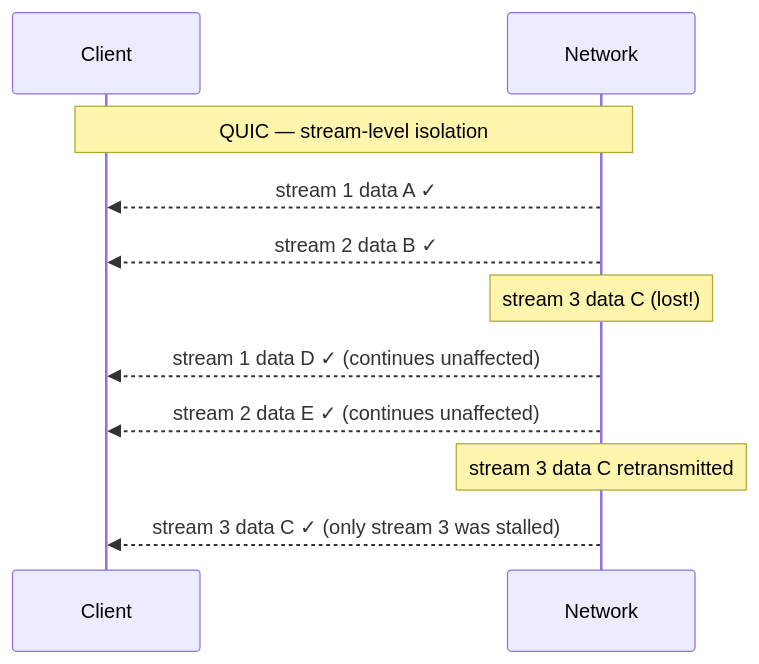
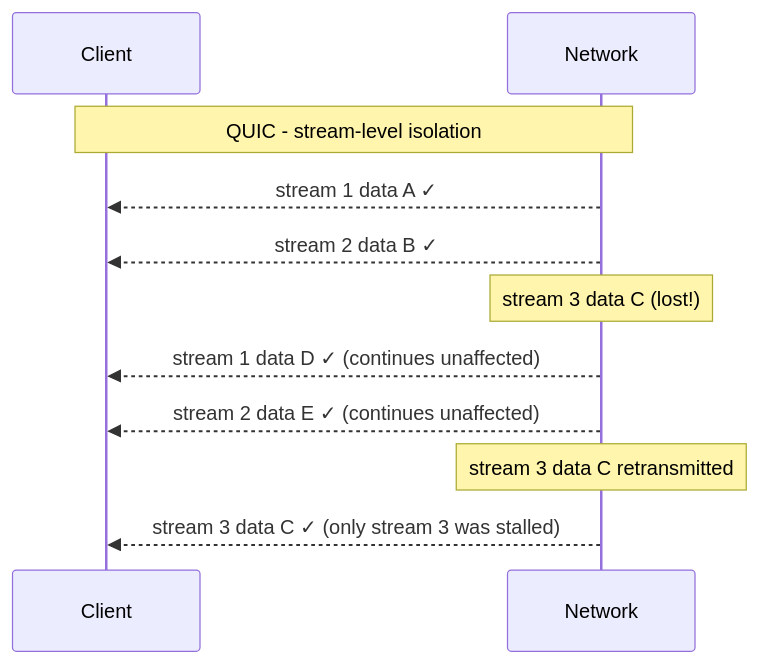
The sixth of 8 diagrams in phase-2-foundations/topic-3-http2-and-http3-quic.md (b-balakrishna/system-design), drawn with Mermaid before and after one commit. The commit also changed other lines of this file and 165 other files, not shown here.

Commit message:
feat: add comprehensive system design documentation covering foundations, backend, frontend, distributed systems, and AI/ML architectures

````diff
--- a/phase-2-foundations/topic-3-http2-and-http3-quic.md
+++ b/phase-2-foundations/topic-3-http2-and-http3-quic.md
@@ -213,14 +213,14 @@
 ```mermaid
 sequenceDiagram
     participant C as Client
     participant N as Network
 
-    Note over C,N: QUIC — stream-level isolation
+    Note over C,N: QUIC  -  stream-level isolation
     N-->>C: stream 1 data A ✓
     N-->>C: stream 2 data B ✓
     Note over N: stream 3 data C (lost!)
     N-->>C: stream 1 data D ✓  (continues unaffected)
     N-->>C: stream 2 data E ✓  (continues unaffected)
     Note over N: stream 3 data C retransmitted
     N-->>C: stream 3 data C ✓  (only stream 3 was stalled)
 ```
````
